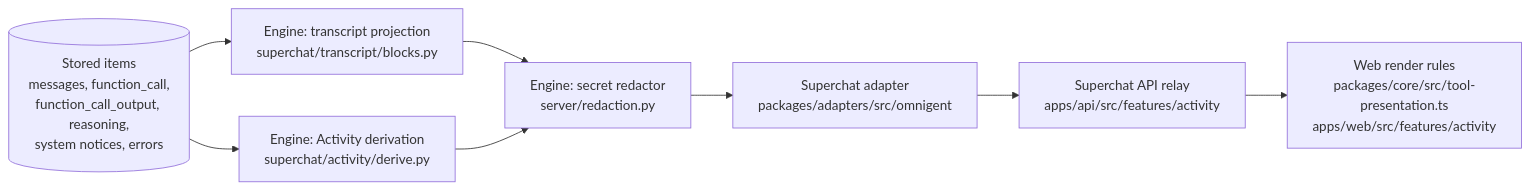
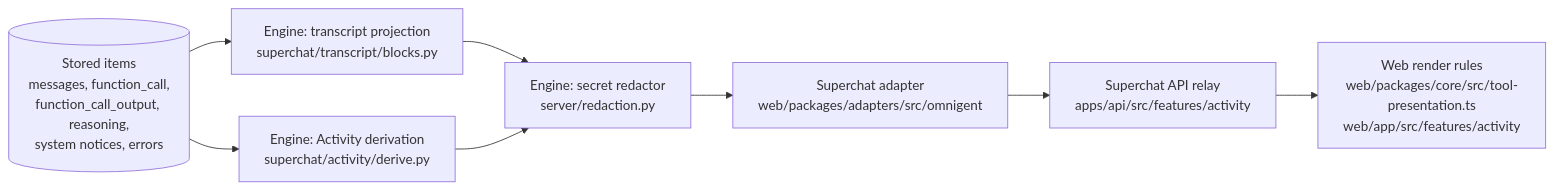
One commit to routifai/bot-grok changed the third of 3 diagrams in docs/super-chat/delegation-and-activity.md. Above: the diagram before and after it, drawn with Mermaid. The commit also changed other lines of this file and 33 other files, not shown here.

````diff
--- a/docs/super-chat/delegation-and-activity.md
+++ b/docs/super-chat/delegation-and-activity.md
@@ -377,11 +377,11 @@
 ```mermaid
 flowchart LR
   items[("Stored items<br/>messages, function_call,<br/>function_call_output, reasoning,<br/>system notices, errors")]
   items --> tx["Engine: transcript projection<br/>superchat/transcript/blocks.py"]
   items --> act["Engine: Activity derivation<br/>superchat/activity/derive.py"]
   tx --> red["Engine: secret redactor<br/>server/redaction.py"]
   act --> red
-  red --> ad["Superchat adapter<br/>packages/adapters/src/omnigent"]
+  red --> ad["Superchat adapter<br/>web/packages/adapters/src/omnigent"]
   ad --> api["Superchat API relay<br/>apps/api/src/features/activity"]
-  api --> ui["Web render rules<br/>packages/core/src/tool-presentation.ts<br/>apps/web/src/features/activity"]
+  api --> ui["Web render rules<br/>web/packages/core/src/tool-presentation.ts<br/>web/app/src/features/activity"]
 ```
````
